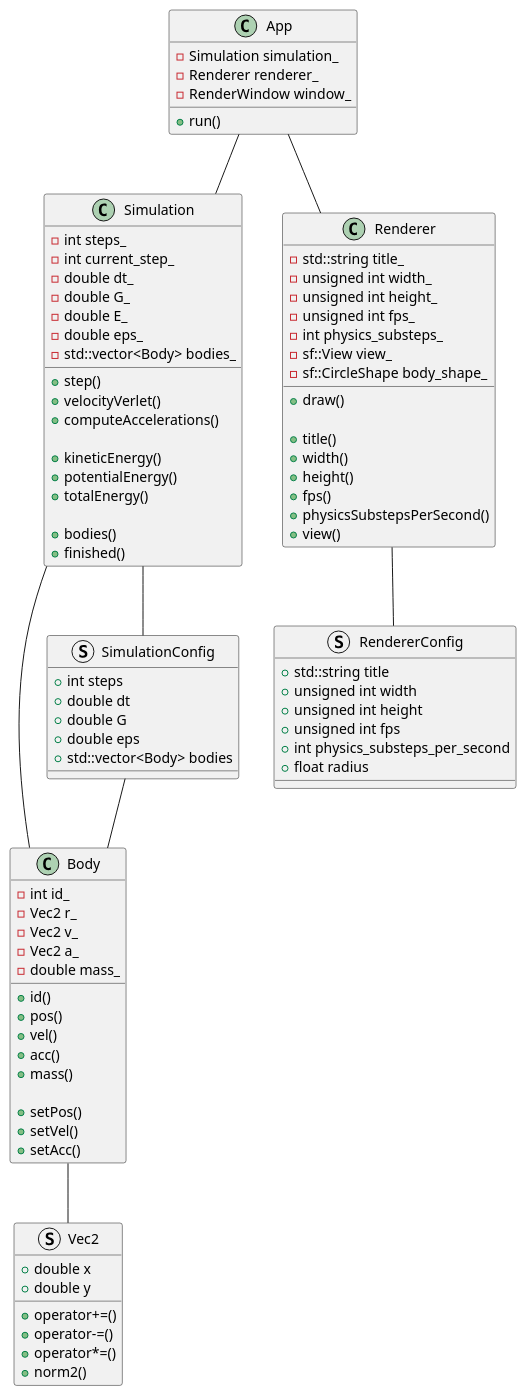
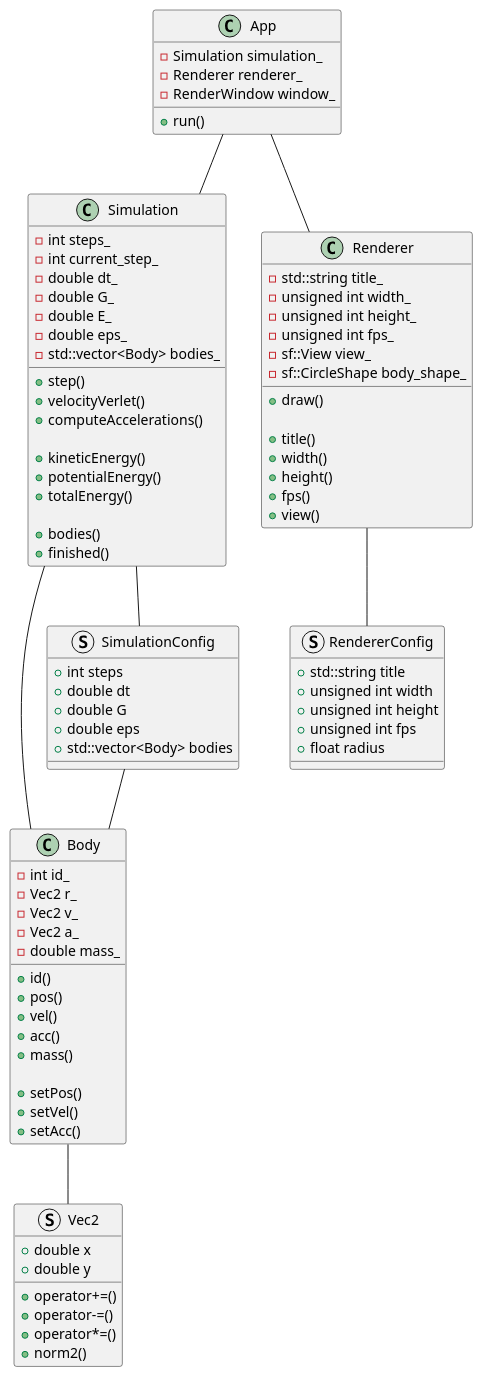
The diagram in project_map.puml (lou720/progetto_programmazione), drawn with PlantUML before and after one commit. The commit also changed 2 other files, not shown here.

```diff
--- a/project_map.puml
+++ b/project_map.puml
@@ -1,123 +1,120 @@
 @startuml
 
 ' =========================
 ' CORE APPLICATION
 ' =========================
 
 class App {
   - Simulation simulation_
   - Renderer renderer_
   - RenderWindow window_
 
   + run()
 }
 
 ' =========================
 ' SIMULATION (PHYSICS)
 ' =========================
 
 class Simulation {
   - int steps_
   - int current_step_
   - double dt_
   - double G_
   - double E_
   - double eps_
   - std::vector<Body> bodies_
 
   + step()
   + velocityVerlet()
   + computeAccelerations()
 
   + kineticEnergy()
   + potentialEnergy()
   + totalEnergy()
 
   + bodies()
   + finished()
 }
 
 class Body {
   - int id_
   - Vec2 r_
   - Vec2 v_
   - Vec2 a_
   - double mass_
 
   + id()
   + pos()
   + vel()
   + acc()
   + mass()
 
   + setPos()
   + setVel()
   + setAcc()
 }
 
 struct Vec2 {
   + double x
   + double y
 
   + operator+=()
   + operator-=()
   + operator*=()
   + norm2()
 }
 
 struct SimulationConfig {
   + int steps
   + double dt
   + double G
   + double eps
   + std::vector<Body> bodies
 }
 
 ' =========================
 ' RENDERING
 ' =========================
 
 class Renderer {
   - std::string title_
   - unsigned int width_
   - unsigned int height_
   - unsigned int fps_
-  - int physics_substeps_
   - sf::View view_
   - sf::CircleShape body_shape_
 
   + draw()
 
   + title()
   + width()
   + height()
   + fps()
-  + physicsSubstepsPerSecond()
   + view()
 }
 
 struct RendererConfig {
   + std::string title
   + unsigned int width
   + unsigned int height
   + unsigned int fps
-  + int physics_substeps_per_second
   + float radius
 }
 
 ' =========================
 ' RELATIONSHIPS
 ' =========================
 
 App -- Simulation
 App -- Renderer
 
 Simulation -- SimulationConfig
 Simulation -- Body
 
 Renderer -- RendererConfig
 
 SimulationConfig -- Body
 Body -- Vec2
 
 @enduml
```
